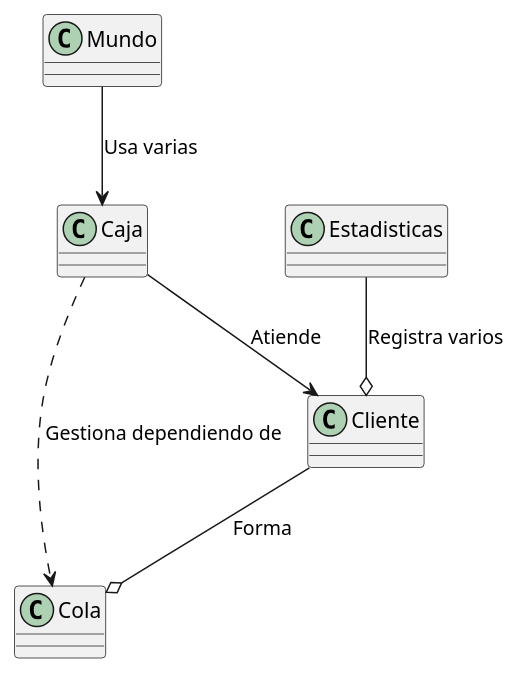
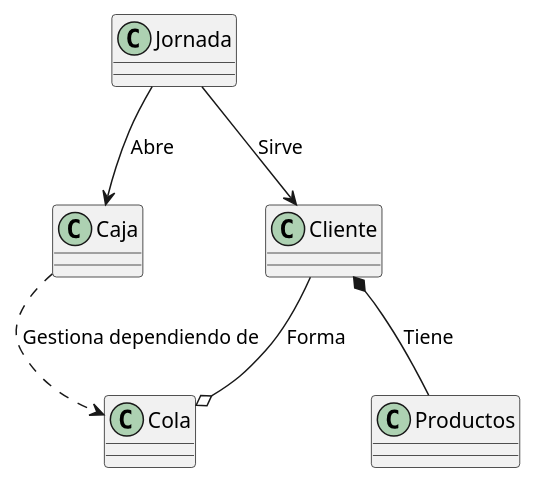
One commit to mmasias/24-25-IdSw2-SDD changed the diagram in modelosUML y svg/UML/diagramaClases.puml. Above: the diagram before and after it, drawn with PlantUML. The commit also changed 1 other file, not shown here.

Commit message:
Recuperacion del diagrama V1

```diff
--- a/modelosUML y svg/UML/diagramaClases.puml
+++ b/modelosUML y svg/UML/diagramaClases.puml
@@ -1,22 +1,20 @@
-@startuml
+@startumlMore actions
 
-class Mundo {
+class Jornada {
 }
 class Caja {
 }
 class Cola {
 }
 class Cliente {
 }
-
-class Estadisticas {
+class Productos {
 }
 
-
-Mundo --> Caja : "Usa varias"
-Caja --> Cliente : "Atiende"
+Jornada --> Caja : "Abre"
+Jornada --> Cliente : "Sirve"
+Cliente *-- Productos : "Tiene"
 Cliente --o Cola : "Forma"
 Caja ..> Cola : "Gestiona dependiendo de"
-Estadisticas --o Cliente : "Registra varios"
 
 @enduml
```
